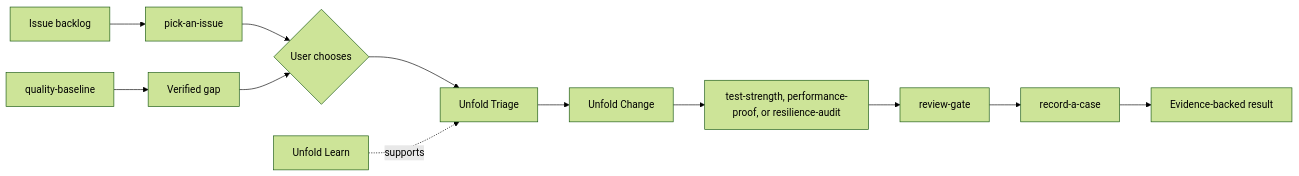
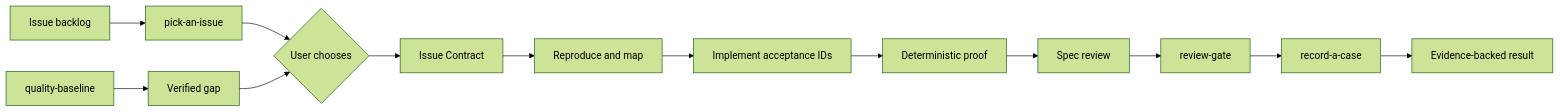
One commit to Railly/skills changed the diagram in README.md. Above: the diagram before and after it, drawn with Mermaid (forest theme). The commit also changed other lines of this file and 111 other files, not shown here.

Commit message:
feat(foundry): adopt issue contracts and deprecate unfold (#5)

````diff
--- a/README.md
+++ b/README.md
@@ -68,14 +59,15 @@
 ```mermaid
 flowchart LR
   Baseline[quality-baseline] --> Gap[Verified gap]
   Backlog[Issue backlog] --> Pick[pick-an-issue]
   Pick --> Choice{User chooses}
   Gap --> Choice
-  Choice --> Triage[Unfold Triage]
-  Learn[Unfold Learn] -. supports .-> Triage
-  Triage --> Change[Unfold Change]
-  Change --> Proof[test-strength, performance-proof, or resilience-audit]
-  Proof --> Review[review-gate]
+  Choice --> Contract[Issue Contract]
+  Contract --> Reproduce[Reproduce and map]
+  Reproduce --> Change[Implement acceptance IDs]
+  Change --> Proof[Deterministic proof]
+  Proof --> Spec[Spec review]
+  Spec --> Review[review-gate]
   Review --> Case[record-a-case]
   Case --> Result[Evidence-backed result]
 ```
````
